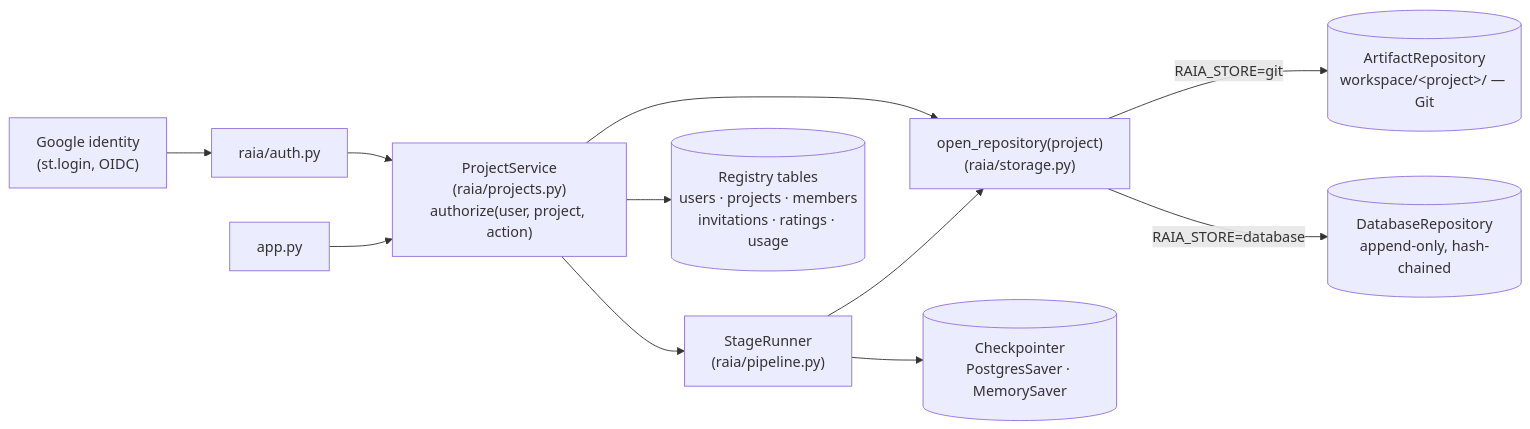
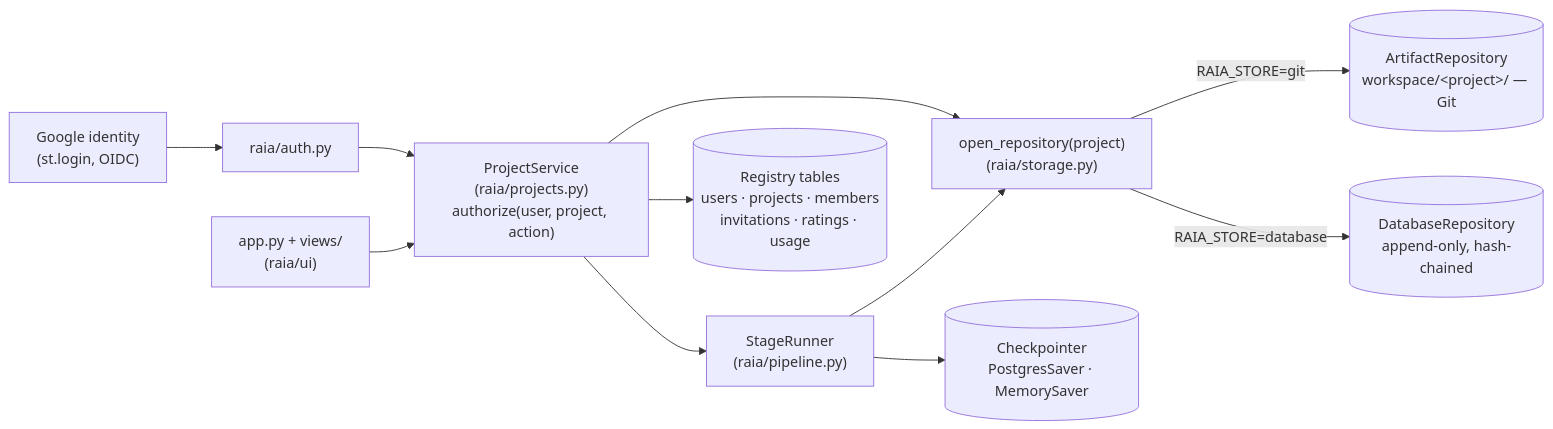
One commit to DiogoCampanha/raia changed the fourth of 8 diagrams in docs/architecture.md. Above: the diagram before and after it, drawn with Mermaid. The commit also changed other lines of this file and 38 other files, not shown here.

````diff
--- a/docs/architecture.md
+++ b/docs/architecture.md
@@ -117,13 +142,13 @@
 ```mermaid
 flowchart LR
     ID["Google identity<br/>(st.login, OIDC)"] --> AUTH["raia/auth.py"]
     AUTH --> SVC["ProjectService<br/>(raia/projects.py)<br/>authorize(user, project, action)"]
-    UI["app.py"] --> SVC
+    UI["app.py + views/<br/>(raia/ui)"] --> SVC
     SVC --> RUN["StageRunner<br/>(raia/pipeline.py)"]
     SVC --> OPENREPO["open_repository(project)<br/>(raia/storage.py)"]
     RUN --> OPENREPO
     OPENREPO -->|"RAIA_STORE=git"| GIT[("ArtifactRepository<br/>workspace/&lt;project&gt;/ — Git")]
     OPENREPO -->|"RAIA_STORE=database"| DBR[("DatabaseRepository<br/>append-only, hash-chained")]
     RUN --> CP[("Checkpointer<br/>PostgresSaver · MemorySaver")]
     SVC --> REG[("Registry tables<br/>users · projects · members<br/>invitations · ratings · usage")]
 ```
````
